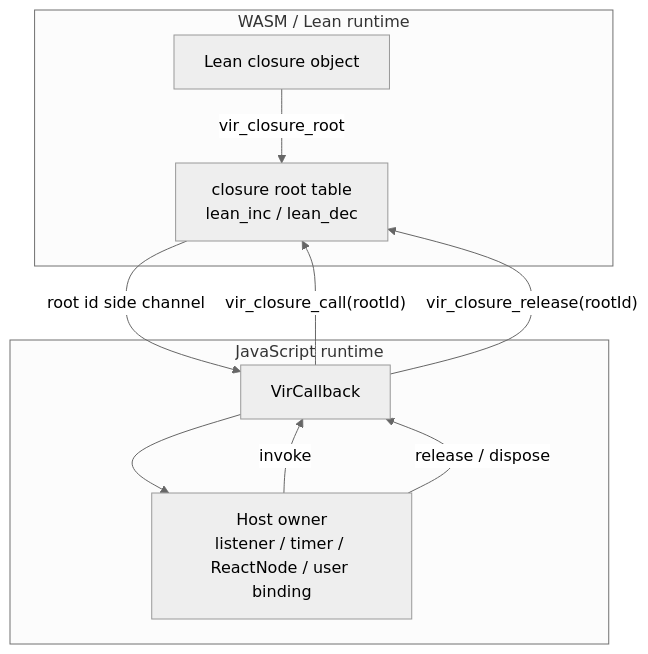
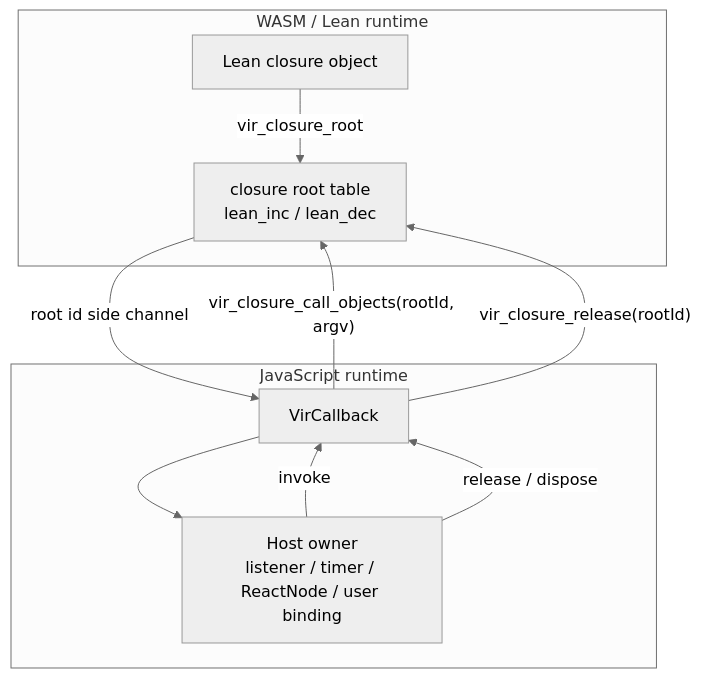
The fourth of 5 diagrams in docs/DEVELOPER_GUIDE.md (ejgallego/lean-vir), drawn with Mermaid (neutral theme) before and after one commit. The commit also changed other lines of this file and 36 other files, not shown here.

````diff
--- a/docs/DEVELOPER_GUIDE.md
+++ b/docs/DEVELOPER_GUIDE.md
@@ -184,20 +182,20 @@
 ```mermaid
 flowchart TD
     subgraph Wasm["WASM / Lean runtime"]
         Closure["Lean closure object"]
         ClosureRoot["closure root table\nlean_inc / lean_dec"]
     end
 
     subgraph JS["JavaScript runtime"]
         Callback["VirCallback"]
         Owner["Host owner\nlistener / timer / ReactNode / user binding"]
     end
 
     Closure -->|"vir_closure_root"| ClosureRoot
     ClosureRoot -->|"root id side channel"| Callback
     Callback --> Owner
     Owner -->|"invoke"| Callback
-    Callback -->|"vir_closure_call(rootId)"| ClosureRoot
+    Callback -->|"vir_closure_call_objects(rootId, argv)"| ClosureRoot
     Owner -->|"release / dispose"| Callback
     Callback -->|"vir_closure_release(rootId)"| ClosureRoot
 ```
````
